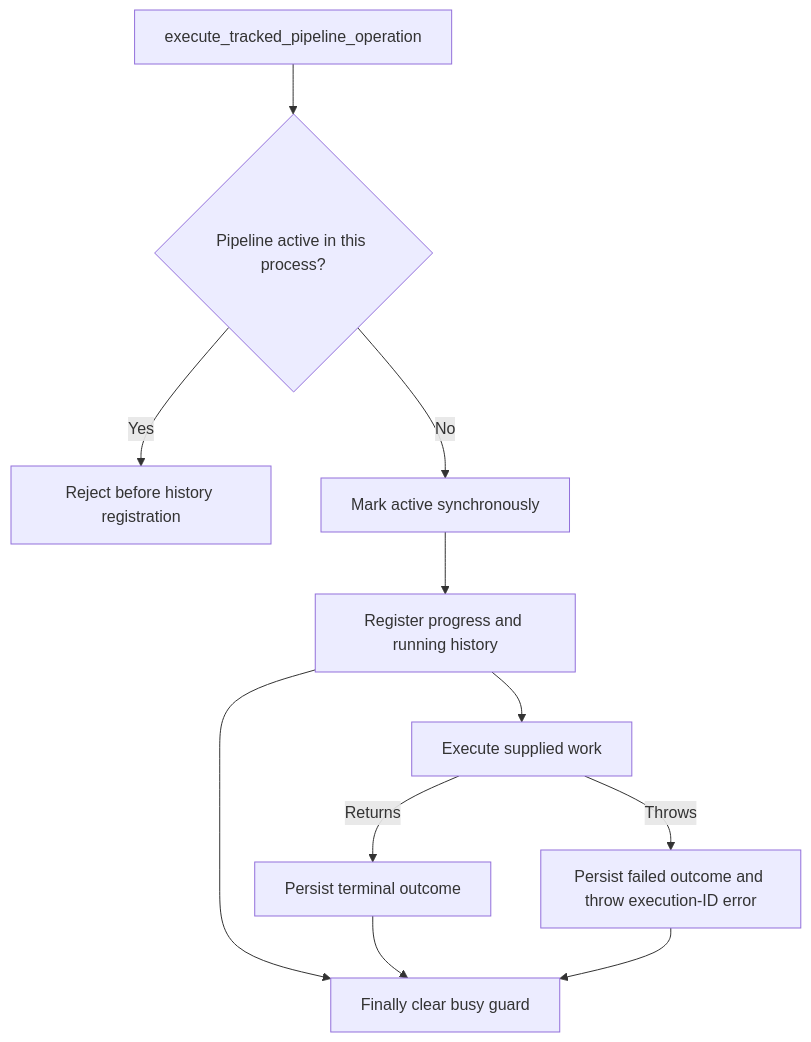
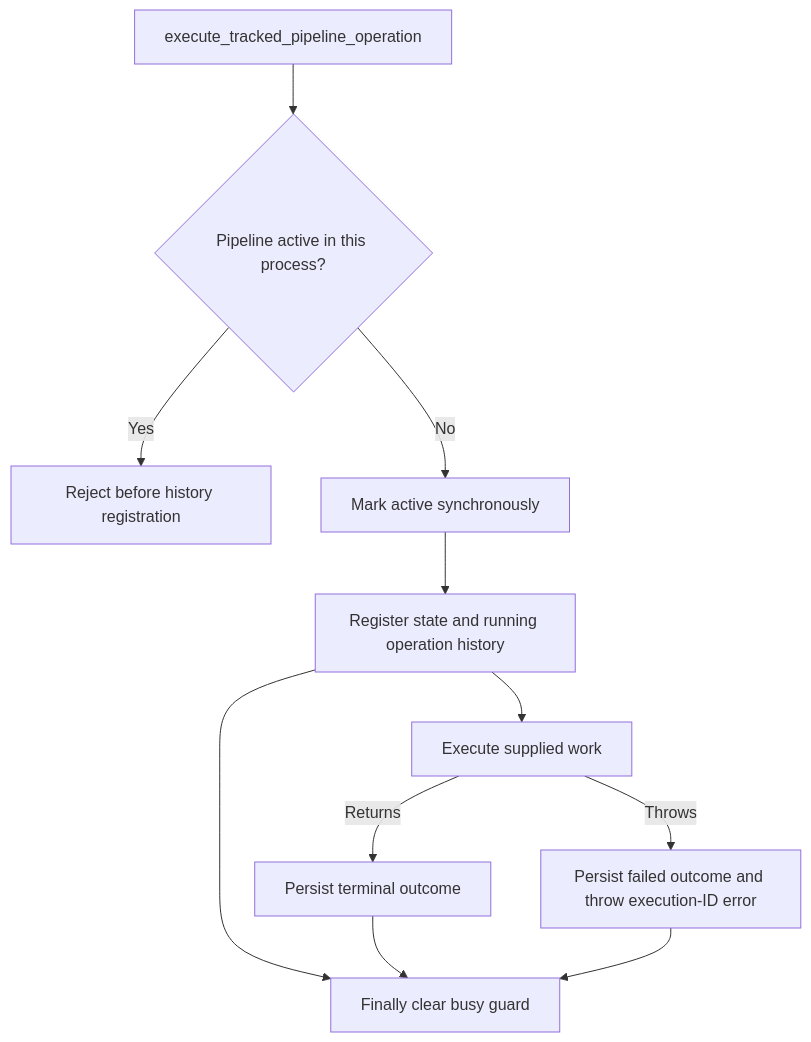
The first of 4 diagrams in documentation/data-flow.md (Shralp-Tamarack/data-pipeline-system-v2), drawn with Mermaid before and after one commit. The commit also changed other lines of this file and 50 other files, not shown here.

````diff
--- a/documentation/data-flow.md
+++ b/documentation/data-flow.md
@@ -15,13 +15,13 @@
 ```mermaid
 flowchart TD
     A[execute_tracked_pipeline_operation] --> B{Pipeline active in this process?}
     B -->|Yes| R[Reject before history registration]
     B -->|No| C[Mark active synchronously]
-    C --> D[Register progress and running history]
+    C --> D[Register state and running operation history]
     D --> E[Execute supplied work]
     E -->|Returns| F[Persist terminal outcome]
     E -->|Throws| G[Persist failed outcome and throw execution-ID error]
     D --> H[Finally clear busy guard]
     F --> H
     G --> H
 ```
````
